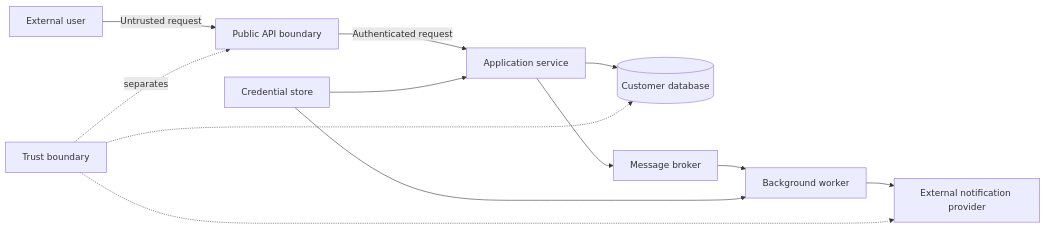
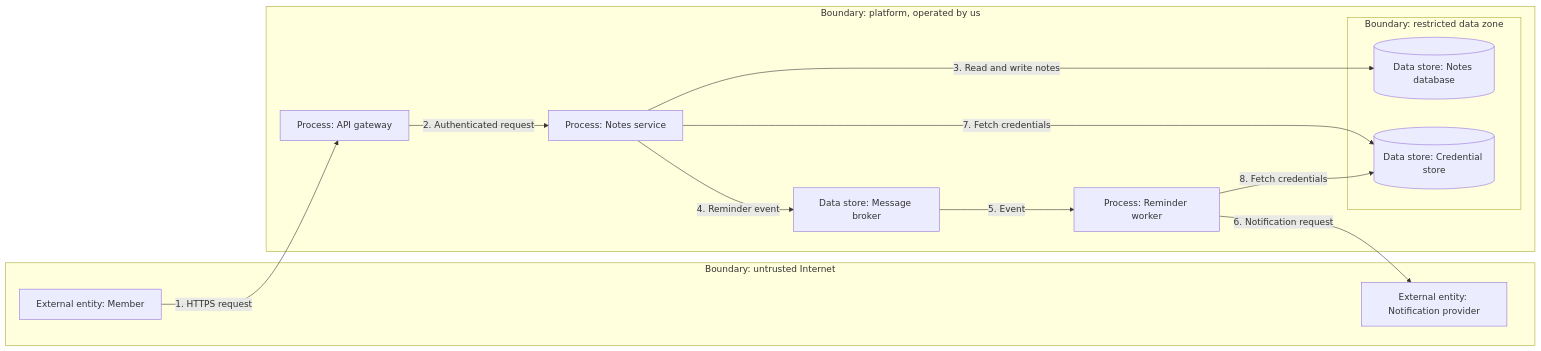
One commit to joydasss/Architect changed the second of 8 diagrams in 21_Architecture_Documentation/CH09_Threat_Models.md. Above: the diagram before and after it, drawn with Mermaid. The commit also changed other lines of this file and 22 other files, not shown here.

Commit message:
Architecture changes

````diff
--- a/21_Architecture_Documentation/CH09_Threat_Models.md
+++ b/21_Architecture_Documentation/CH09_Threat_Models.md
@@ -11,14 +83,25 @@
 ```mermaid
 flowchart LR
-    User[External user] -->|Untrusted request| Gateway[Public API boundary]
-    Gateway -->|Authenticated request| Service[Application service]
-    Service --> Database[(Customer database)]
-    Service --> Queue[Message broker]
-    Queue --> Worker[Background worker]
-    Worker --> Provider[External notification provider]
-    Secrets[Credential store] --> Service
-    Secrets --> Worker
-    Boundary[Trust boundary] -. separates .-> Gateway
-    Boundary -.-> Database
-    Boundary -.-> Provider
+    subgraph Internet["Boundary: untrusted Internet"]
+        User["External entity: Member"]
+        Provider["External entity: Notification provider"]
+    end
+    subgraph Platform["Boundary: platform, operated by us"]
+        Gateway["Process: API gateway"]
+        Service["Process: Notes service"]
+        Worker["Process: Reminder worker"]
+        Queue["Data store: Message broker"]
+        subgraph Data["Boundary: restricted data zone"]
+            Database[("Data store: Notes database")]
+            Secrets[("Data store: Credential store")]
+        end
+    end
+    User -->|"1. HTTPS request"| Gateway
+    Gateway -->|"2. Authenticated request"| Service
+    Service -->|"3. Read and write notes"| Database
+    Service -->|"4. Reminder event"| Queue
+    Queue -->|"5. Event"| Worker
+    Worker -->|"6. Notification request"| Provider
+    Service -->|"7. Fetch credentials"| Secrets
+    Worker -->|"8. Fetch credentials"| Secrets
 ```
````
